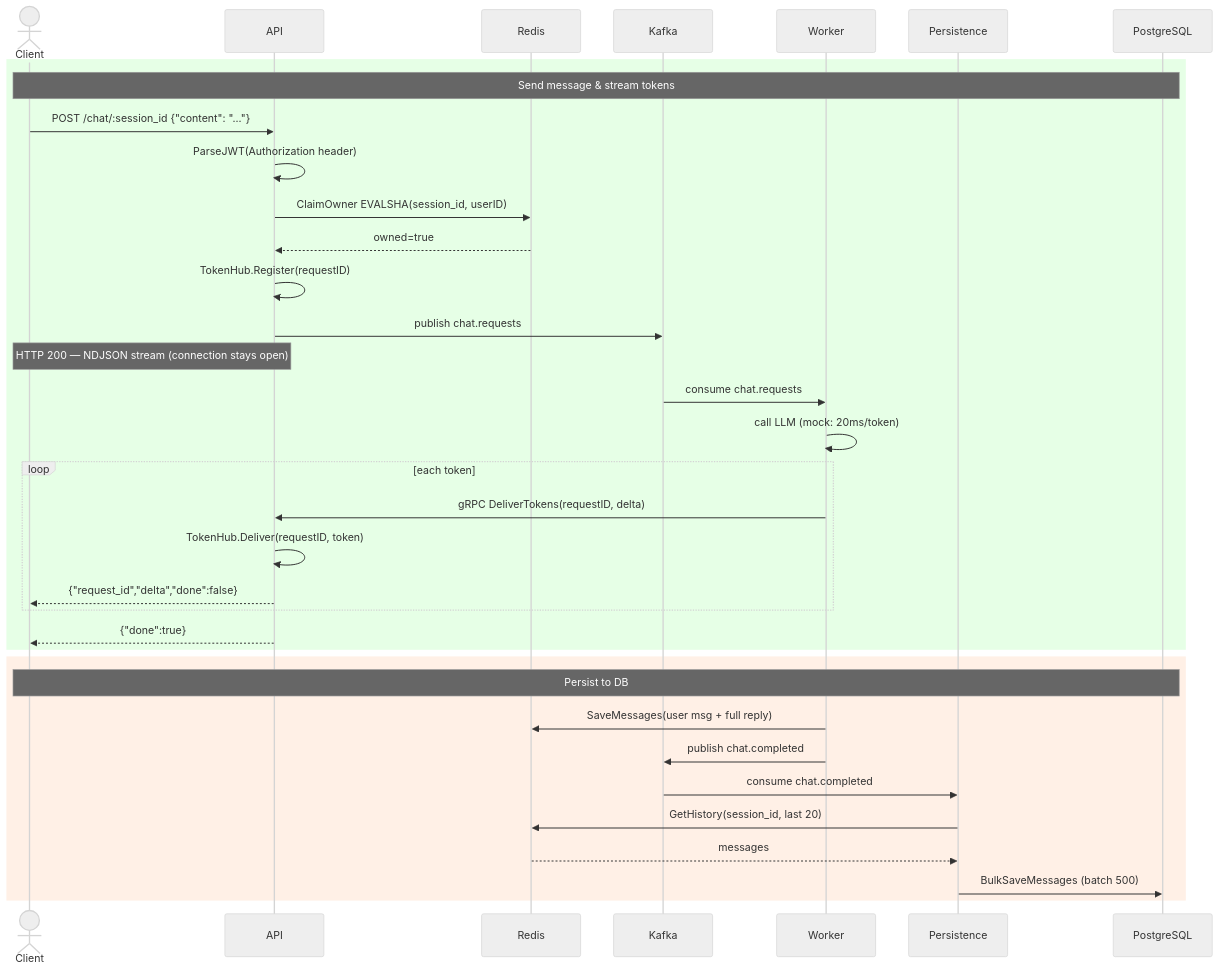
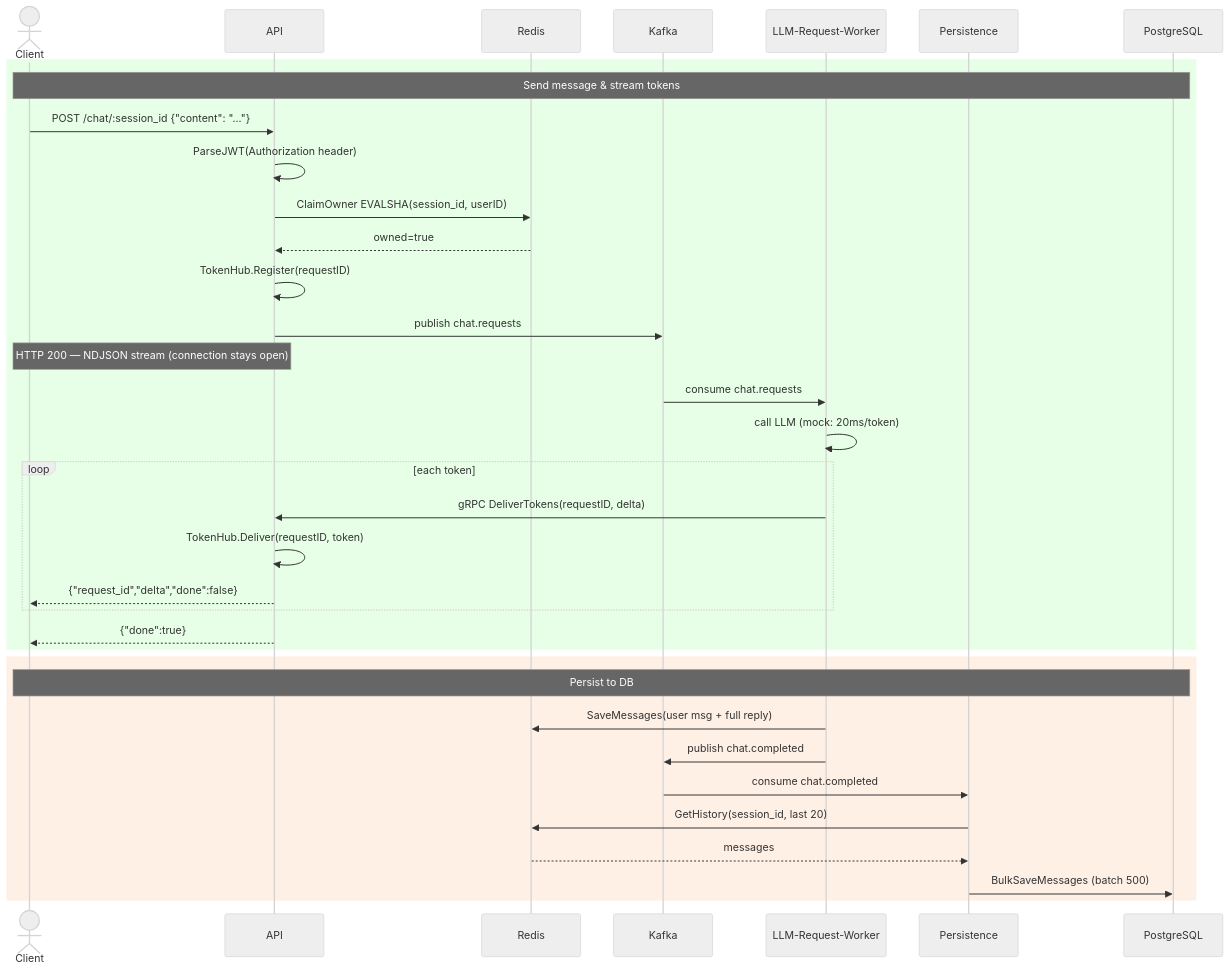
Before and after one commit to linhhnbkdn/golang-learning: the diagram in README.md, drawn with Mermaid (neutral theme). The commit also changed other lines of this file, not shown here.

Commit message:
docs: rename Worker to LLM-Request-Worker in README

````diff
--- a/README.md
+++ b/README.md
@@ -23,39 +23,39 @@
 ```mermaid
 sequenceDiagram
     actor Client
     participant API
     participant Redis
     participant Kafka
-    participant Worker
+    participant LLMWorker as LLM-Request-Worker
     participant Persistence
     participant PostgreSQL
 
     rect rgb(230, 255, 230)
         note over Client,PostgreSQL: Send message & stream tokens
         Client->>API: POST /chat/:session_id {"content": "..."}
         API->>API: ParseJWT(Authorization header)
         API->>Redis: ClaimOwner EVALSHA(session_id, userID)
         Redis-->>API: owned=true
         API->>API: TokenHub.Register(requestID)
         API->>Kafka: publish chat.requests
         note over API,Client: HTTP 200 — NDJSON stream (connection stays open)
-        Kafka->>Worker: consume chat.requests
-        Worker->>Worker: call LLM (mock: 20ms/token)
+        Kafka->>LLMWorker: consume chat.requests
+        LLMWorker->>LLMWorker: call LLM (mock: 20ms/token)
         loop each token
-            Worker->>API: gRPC DeliverTokens(requestID, delta)
+            LLMWorker->>API: gRPC DeliverTokens(requestID, delta)
             API->>API: TokenHub.Deliver(requestID, token)
             API-->>Client: {"request_id","delta","done":false}
         end
         API-->>Client: {"done":true}
     end
 
     rect rgb(255, 240, 230)
         note over Client,PostgreSQL: Persist to DB
-        Worker->>Redis: SaveMessages(user msg + full reply)
-        Worker->>Kafka: publish chat.completed
+        LLMWorker->>Redis: SaveMessages(user msg + full reply)
+        LLMWorker->>Kafka: publish chat.completed
         Kafka->>Persistence: consume chat.completed
         Persistence->>Redis: GetHistory(session_id, last 20)
         Redis-->>Persistence: messages
         Persistence->>PostgreSQL: BulkSaveMessages (batch 500)
     end
 ```
````
